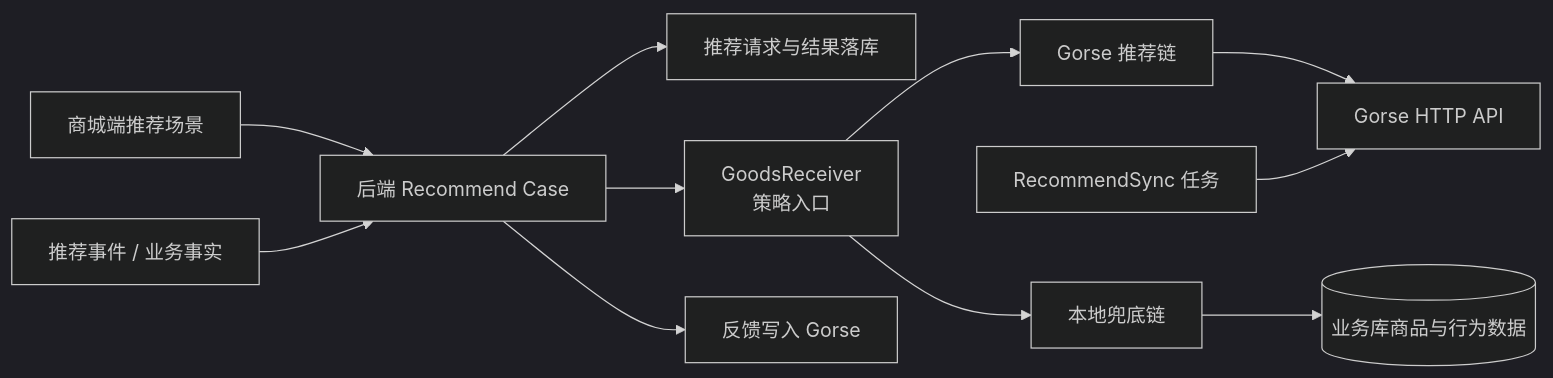
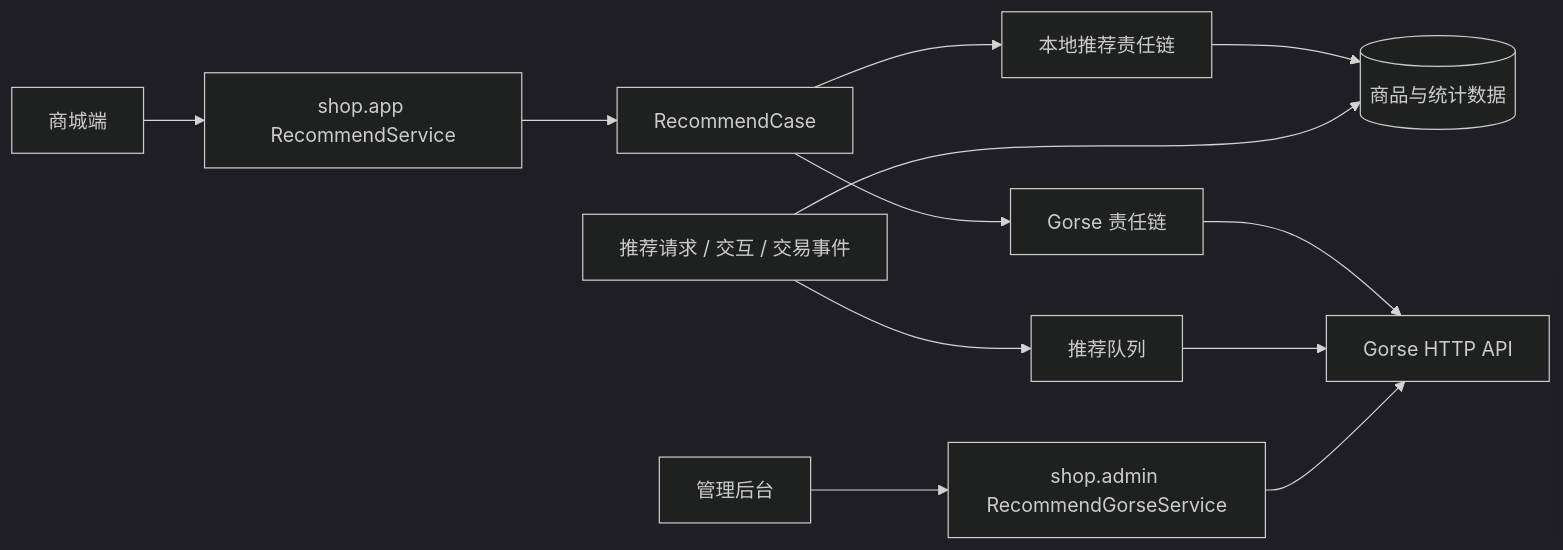
One commit to liujitcn/shop changed the diagram in docs/推荐系统设计.md. Above: the diagram before and after it, drawn with Mermaid (dark theme). The commit also changed other lines of this file and 1765 other files, not shown here.

````diff
--- a/docs/推荐系统设计.md
+++ b/docs/推荐系统设计.md
@@ -20,13 +9,12 @@
 ```mermaid
 flowchart LR
-  App["商城端推荐场景"] --> Backend["后端 Recommend Case"]
-  Backend --> Log["推荐请求与结果落库"]
-  Backend --> Receiver["GoodsReceiver\n策略入口"]
-  Receiver --> GorseChain["Gorse 推荐链"]
-  Receiver --> LocalChain["本地兜底链"]
-  GorseChain --> Gorse["Gorse HTTP API"]
-  LocalChain --> DB[("业务库商品与行为数据")]
-  Event["推荐事件 / 业务事实"] --> Backend
-  Backend --> GorseFeedback["反馈写入 Gorse"]
-  Sync["RecommendSync 任务"] --> Gorse
+  App["商城端"] --> Request["shop.app RecommendService"]
+  Request --> Case["RecommendCase"]
+  Case --> Remote["Gorse 责任链"]
+  Case --> Local["本地推荐责任链"]
+  Remote --> Gorse["Gorse HTTP API"]
+  Local --> DB[("商品与统计数据")]
+  Events["推荐请求 / 交互 / 交易事件"] --> DB
+  Events --> Queue["推荐队列"] --> Gorse
+  Admin["管理后台"] --> AdminAPI["shop.admin RecommendGorseService"] --> Gorse
 ```
````
